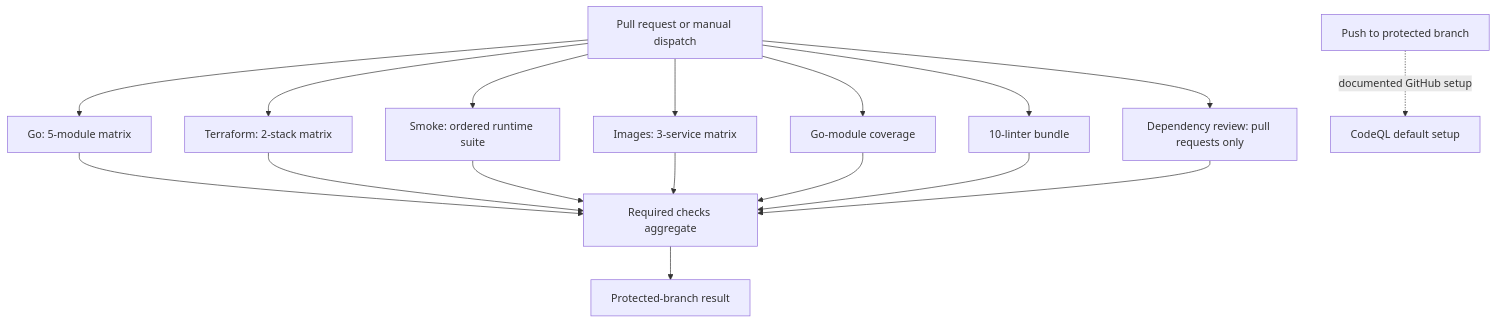
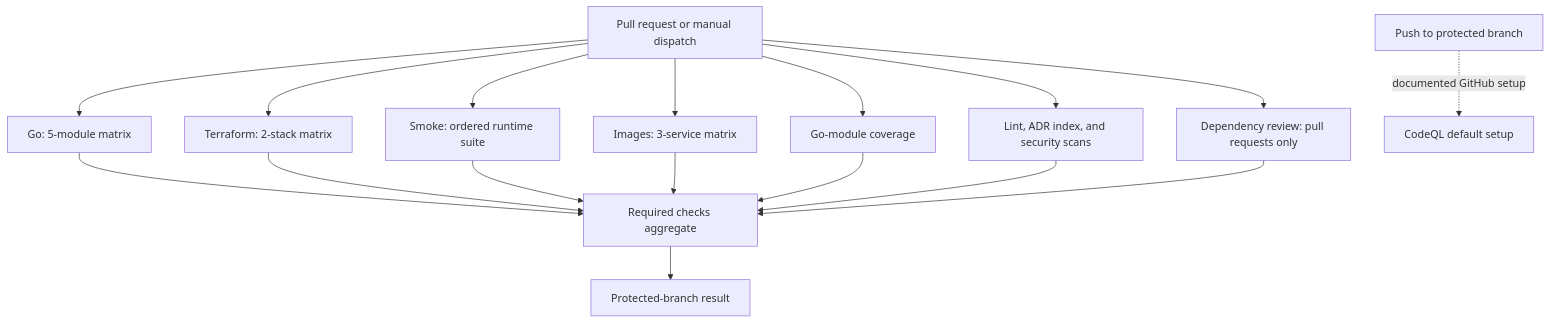
The diagram in docs/repository-file-checks.md (lilabrooks/my-local-platform), drawn with Mermaid before and after one commit. The commit also changed other lines of this file and 6 other files, not shown here.

Commit message:
ci: validate the README ADR index

````diff
--- a/docs/repository-file-checks.md
+++ b/docs/repository-file-checks.md
@@ -50,22 +50,22 @@
 ```mermaid
 flowchart TD
     event[Pull request or manual dispatch]
     event --> go[Go: 5-module matrix]
     event --> terraform[Terraform: 2-stack matrix]
     event --> smoke[Smoke: ordered runtime suite]
     event --> image[Images: 3-service matrix]
     event --> modules[Go-module coverage]
-    event --> lint[10-linter bundle]
+    event --> lint[Lint, ADR index, and security scans]
     event --> dependency[Dependency review: pull requests only]
 
     go --> required[Required checks aggregate]
     terraform --> required
     smoke --> required
     image --> required
     modules --> required
     lint --> required
     dependency --> required
     required --> protection[Protected-branch result]
 
     push[Push to protected branch] -. documented GitHub setup .-> codeql[CodeQL default setup]
 ```
````
